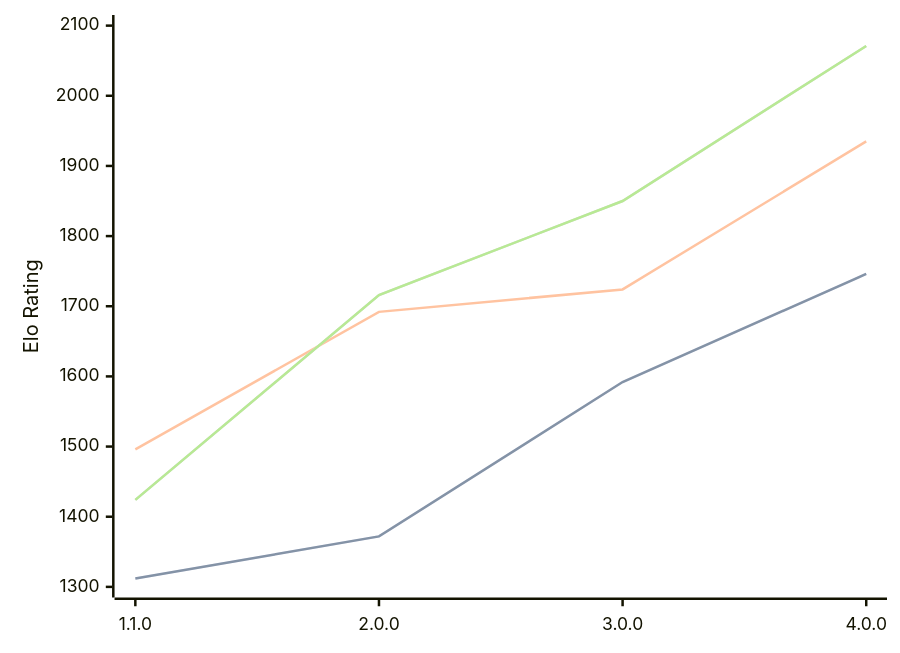
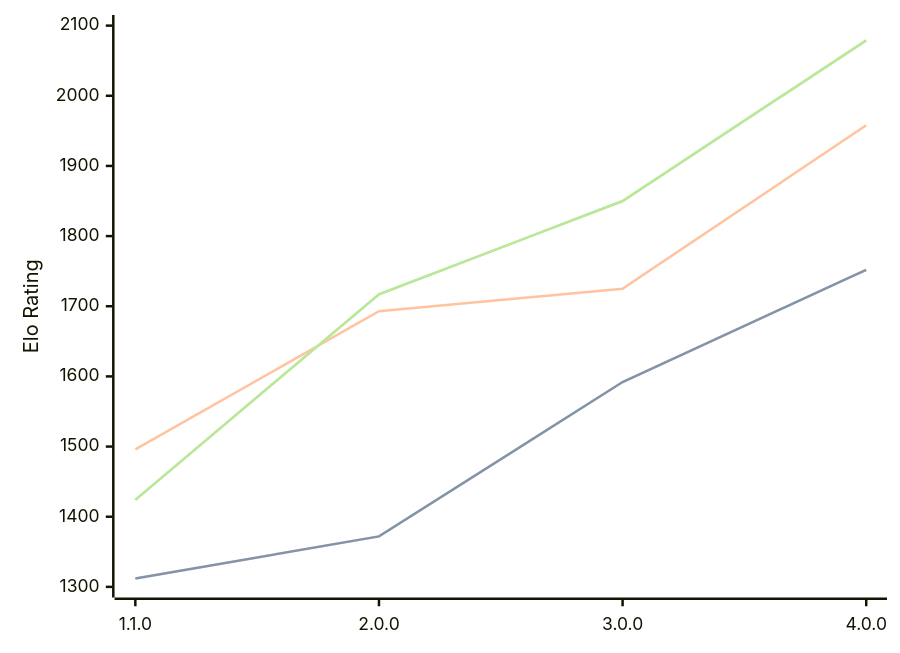
Before and after one commit to computer-chess-index/cci: the diagram in engines/Laura.md, drawn with Mermaid. The commit also changed other lines of this file, not shown here.

Commit message:
Update CCI Ratings (ELO VLTC) - 2026-05-13

````diff
--- a/engines/Laura.md
+++ b/engines/Laura.md
@@ -35,11 +35,11 @@
 ```mermaid
 %%{init: {"theme":"base","themeVariables":{"seriesColors:['#a3a3a3','#222221','#faa371']}}}%%
 xychart-beta
   x-axis ["1.1.0", "2.0.0", "3.0.0", "4.0.0"]
   y-axis "Elo Rating" 1300 --> 2100
-  line "STC (8.0+0.08s)" [1312, 1372, 1592, 1746]
-  line "STC (8.0+0.08s)" [1312, 1372, 1592, 1746]
-  line "LTC (60.0+0.60s)" [1496, 1692, 1724, 1935]
-  line "VLTC (2m24s+1.12s)" [1424, 1716, 1850, 2071]
-  line "VLTC (2m24s+1.12s)" [1424, 1716, 1850, 2071]
+  line "STC (8.0+0.08s)" [1312, 1372, 1592, 1752]
+  line "STC (8.0+0.08s)" [1312, 1372, 1592, 1752]
+  line "LTC (60.0+0.60s)" [1496, 1693, 1725, 1958]
+  line "VLTC (2m24s+1.12s)" [1424, 1717, 1850, 2079]
+  line "VLTC (2m24s+1.12s)" [1424, 1717, 1850, 2079]
 ```
````
